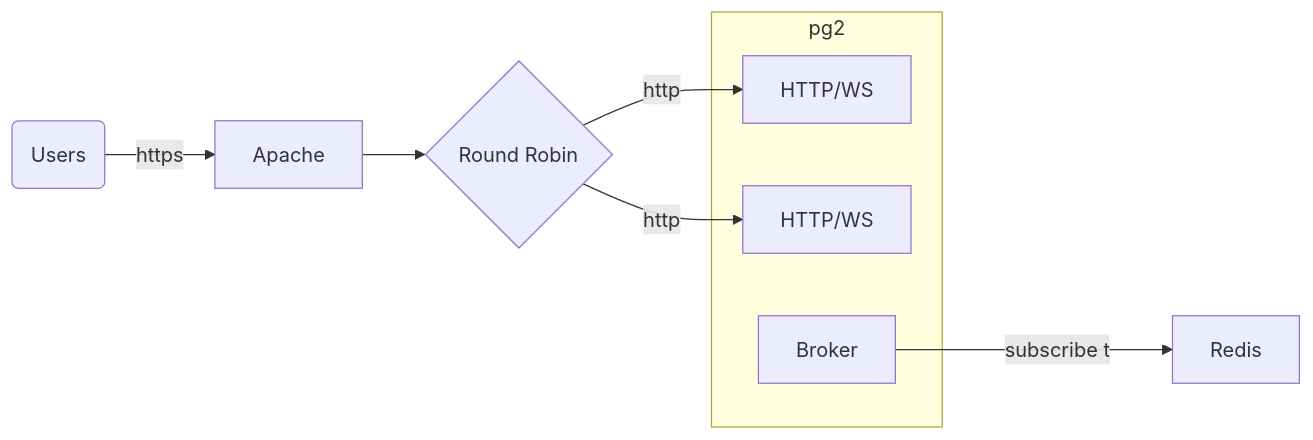
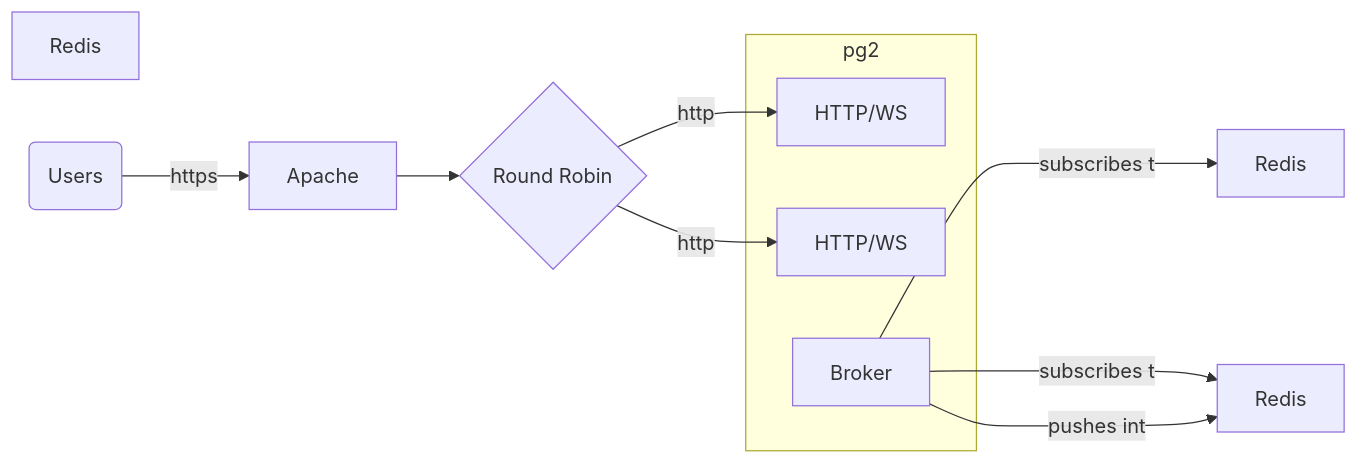
Before and after one commit to flowintel/cocktailparty: the diagram in README.md, drawn with Mermaid. The commit also changed other lines of this file and 1 other file, not shown here.

````diff
--- a/README.md
+++ b/README.md
@@ -68,21 +68,25 @@
 ```mermaid
 flowchart LR
     A[Apache]
     C{Round Robin}
     A --> C
-    R[Redis]
+    R1[Redis]
+    R2[Redis]
+    R3[Redis]
     
     U(Users)
     U--https-->A
     
     subgraph pg2
         E[HTTP/WS]
         F[HTTP/WS]
         B[Broker]
     end
     
-    B --subscribe to-->R
+    B --subscribes to-->R1
+    B --subscribes to-->R2
+    B --pushes into-->R2
     
     C --http--> E
     C --http--> F
 ```
````
